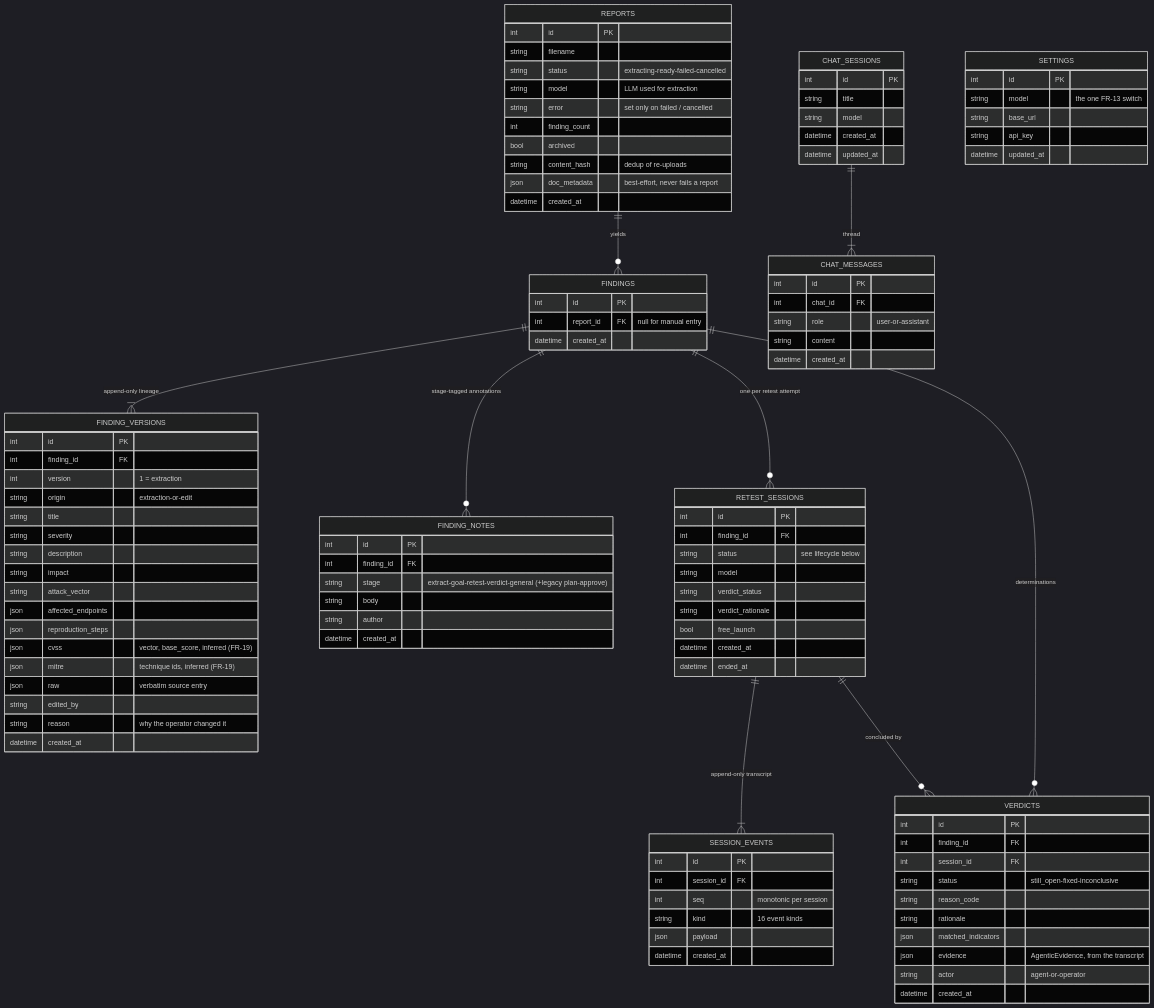
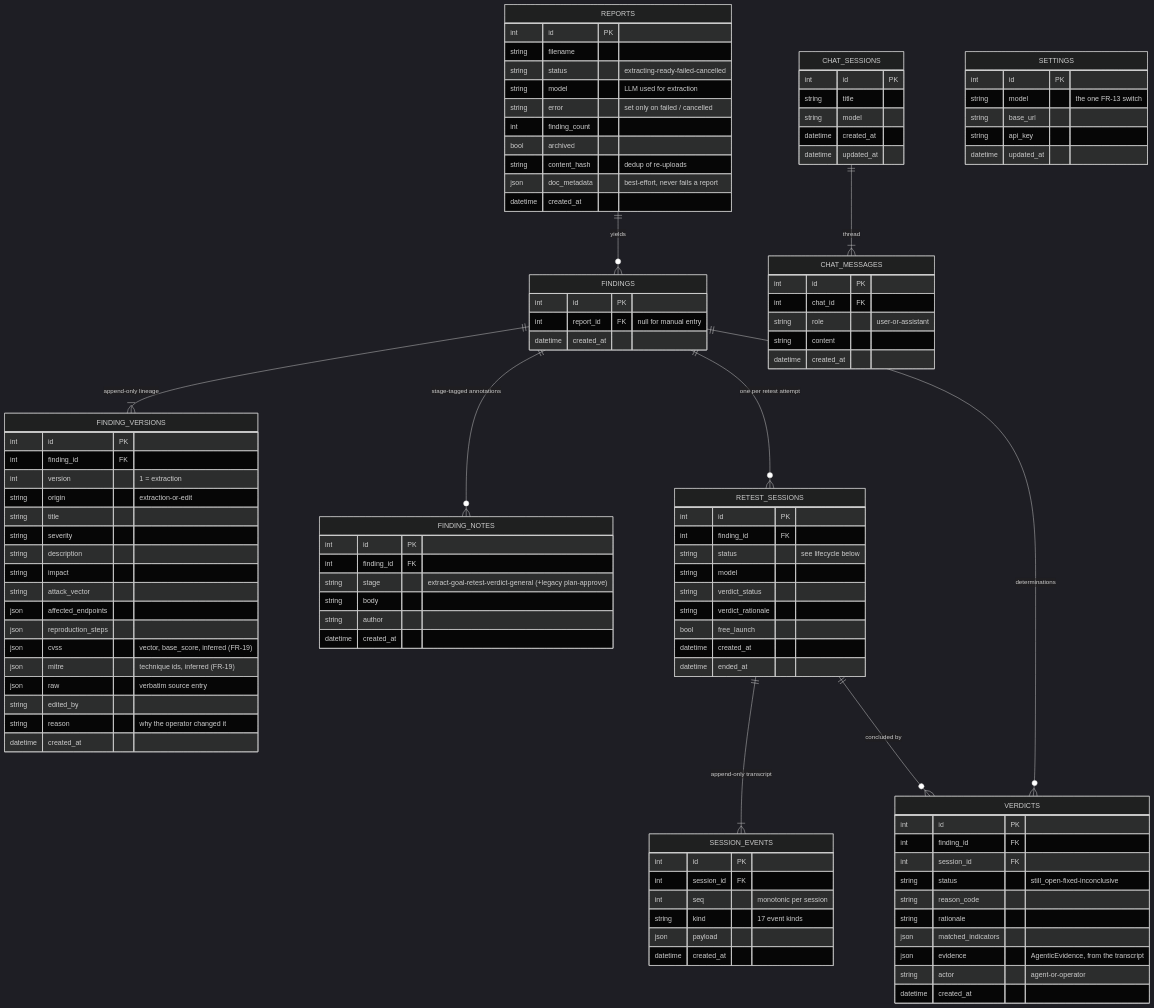
The second of 6 diagrams in docs/architecture/data-model.md (SelfishCoconut/revalid), drawn with Mermaid (dark theme) before and after one commit. The commit also changed other lines of this file and 13 other files, not shown here.

```diff
--- a/docs/architecture/data-model.md
+++ b/docs/architecture/data-model.md
@@ -105,7 +105,7 @@
         int id PK
         int session_id FK
         int seq "monotonic per session"
-        string kind "16 event kinds"
+        string kind "17 event kinds"
         json payload
         datetime created_at
     }
```
